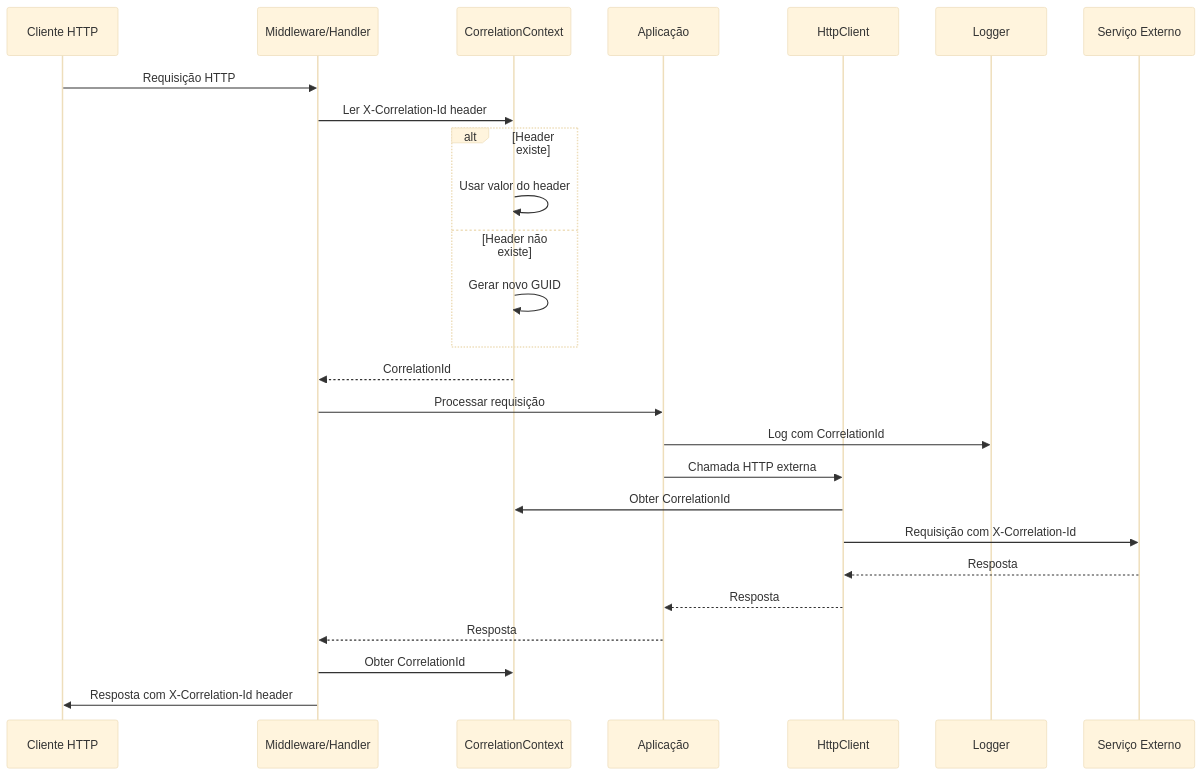
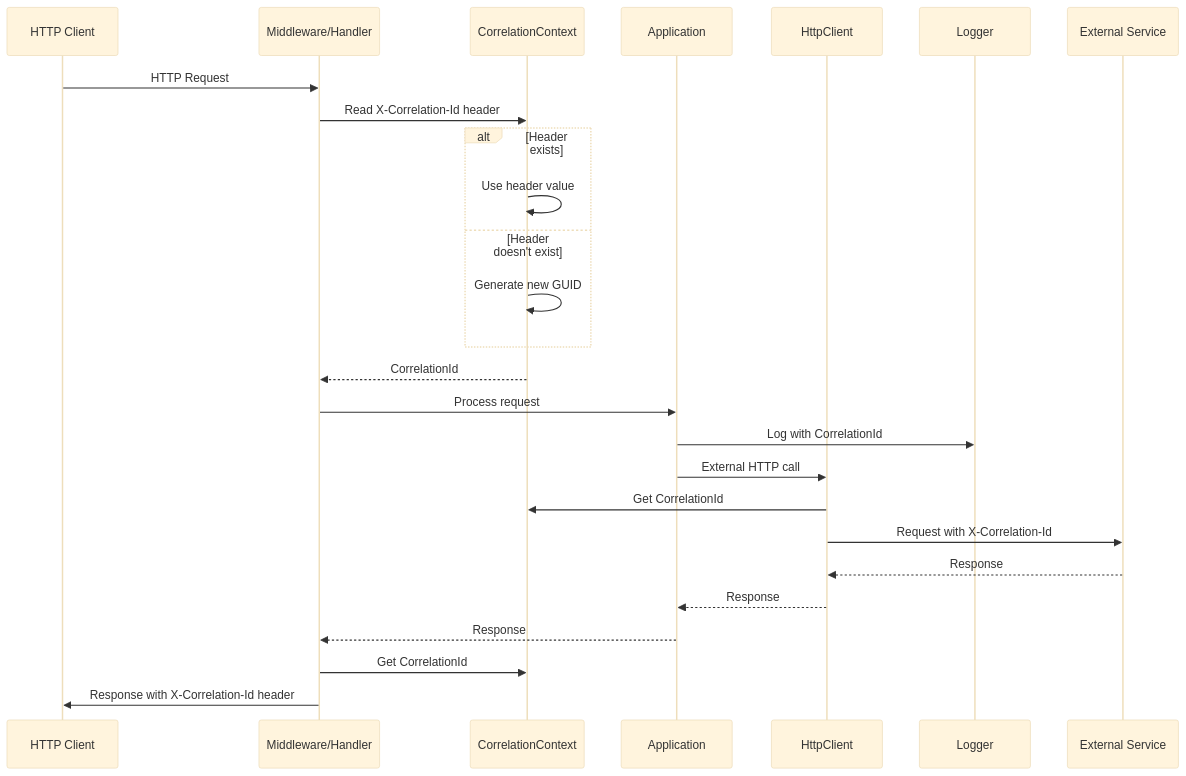
Before and after one commit to whitebeardit/traceability: the second of 7 diagrams in docs/agents/architecture.md, drawn with Mermaid (base theme). The commit also changed other lines of this file and 35 other files, not shown here.

````diff
--- a/docs/agents/architecture.md
+++ b/docs/agents/architecture.md
@@ -47,29 +47,29 @@
 ```mermaid
 sequenceDiagram
-    participant Client as Cliente HTTP
+    participant Client as HTTP Client
     participant Middleware as Middleware/Handler
     participant Context as CorrelationContext
-    participant App as Aplicação
+    participant App as Application
     participant HttpClient as HttpClient
     participant Logger as Logger
-    participant External as Serviço Externo
+    participant External as External Service
 
-    Client->>Middleware: Requisição HTTP
-    Middleware->>Context: Ler X-Correlation-Id header
-    alt Header existe
-        Context->>Context: Usar valor do header
-    else Header não existe
-        Context->>Context: Gerar novo GUID
+    Client->>Middleware: HTTP Request
+    Middleware->>Context: Read X-Correlation-Id header
+    alt Header exists
+        Context->>Context: Use header value
+    else Header doesn't exist
+        Context->>Context: Generate new GUID
     end
     Context-->>Middleware: CorrelationId
-    Middleware->>App: Processar requisição
-    App->>Logger: Log com CorrelationId
-    App->>HttpClient: Chamada HTTP externa
-    HttpClient->>Context: Obter CorrelationId
-    HttpClient->>External: Requisição com X-Correlation-Id
-    External-->>HttpClient: Resposta
-    HttpClient-->>App: Resposta
-    App-->>Middleware: Resposta
-    Middleware->>Context: Obter CorrelationId
-    Middleware->>Client: Resposta com X-Correlation-Id header
+    Middleware->>App: Process request
+    App->>Logger: Log with CorrelationId
+    App->>HttpClient: External HTTP call
+    HttpClient->>Context: Get CorrelationId
+    HttpClient->>External: Request with X-Correlation-Id
+    External-->>HttpClient: Response
+    HttpClient-->>App: Response
+    App-->>Middleware: Response
+    Middleware->>Context: Get CorrelationId
+    Middleware->>Client: Response with X-Correlation-Id header
 ```
````
